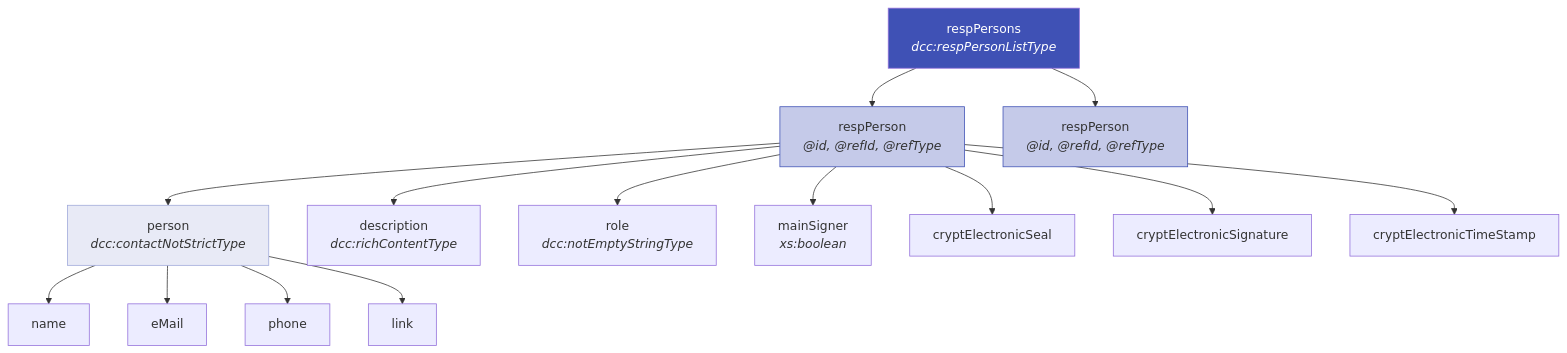
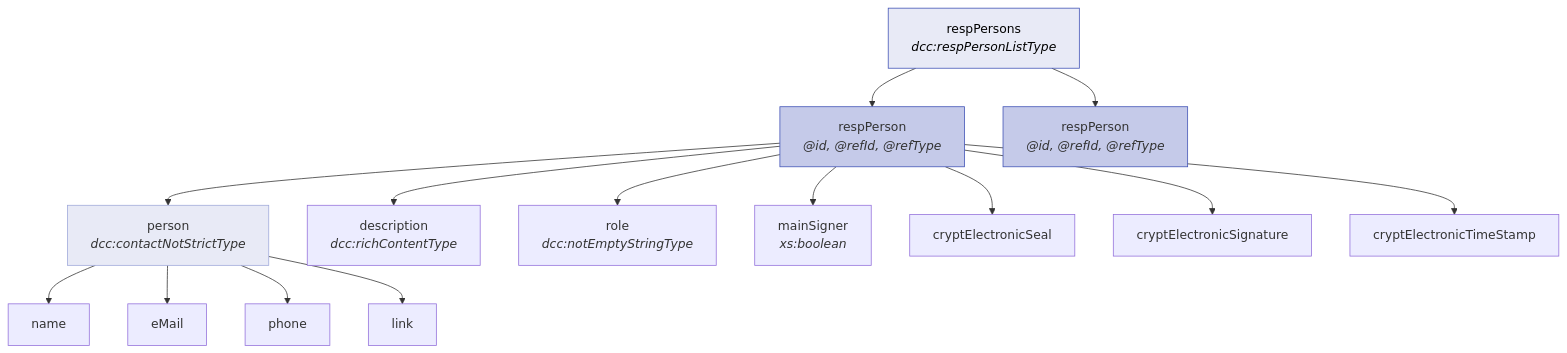
One commit to punitharumilli/DRMD_Schema changed the sixth of 6 diagrams in docs/administrative_data.md. Above: the diagram before and after it, drawn with Mermaid. The commit also changed other lines of this file and 6 other files, not shown here.

````diff
--- a/docs/administrative_data.md
+++ b/docs/administrative_data.md
@@ -539,27 +525,27 @@
 ```mermaid
 graph TD
     RP["respPersons<br/><i>dcc:respPersonListType</i>"]
     RP1["respPerson<br/><i>@id, @refId, @refType</i>"]
     RP2["respPerson<br/><i>@id, @refId, @refType</i>"]
 
     RP --> RP1
     RP --> RP2
 
     RP1 --> P1["person<br/><i>dcc:contactNotStrictType</i>"]
     RP1 --> D1["description<br/><i>dcc:richContentType</i>"]
     RP1 --> R1["role<br/><i>dcc:notEmptyStringType</i>"]
     RP1 --> MS1["mainSigner<br/><i>xs:boolean</i>"]
     RP1 --> CS1["cryptElectronicSeal"]
     RP1 --> CSig1["cryptElectronicSignature"]
     RP1 --> CTS1["cryptElectronicTimeStamp"]
 
     P1 --> PN["name"]
     P1 --> PE["eMail"]
     P1 --> PP["phone"]
     P1 --> PL["link"]
 
-    style RP fill:#3f51b5,color:#fff
+    style RP fill:#e8eaf6,color:#000,stroke:#3f51b5
     style RP1 fill:#c5cae9,stroke:#3f51b5
     style RP2 fill:#c5cae9,stroke:#3f51b5
     style P1 fill:#e8eaf6,stroke:#9fa8da
 ```
````
